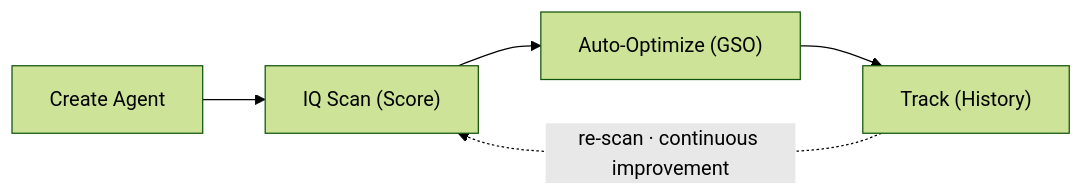
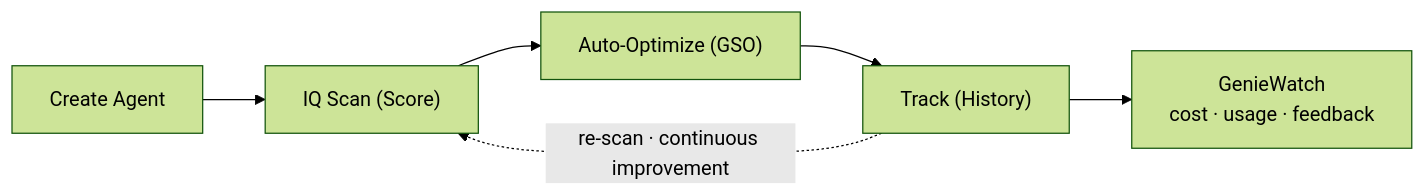
One commit to databricks-solutions/databricks-genie-workbench changed the diagram in docs/docs/getting-started/introduction.md. Above: the diagram before and after it, drawn with Mermaid (forest theme). The commit also changed other lines of this file and 1068 other files, not shown here.

````diff
--- a/docs/docs/getting-started/introduction.md
+++ b/docs/docs/getting-started/introduction.md
@@ -46,7 +50,8 @@
 ```mermaid
 flowchart LR
     Create["Create Agent"] --> Score["IQ Scan (Score)"]
     Score --> Optimize["Auto-Optimize (GSO)"]
     Optimize --> Track["Track (History)"]
+    Track --> Watch["GenieWatch<br/>cost · usage · feedback"]
     Track -. "re-scan · continuous improvement" .-> Score
 ```
````
